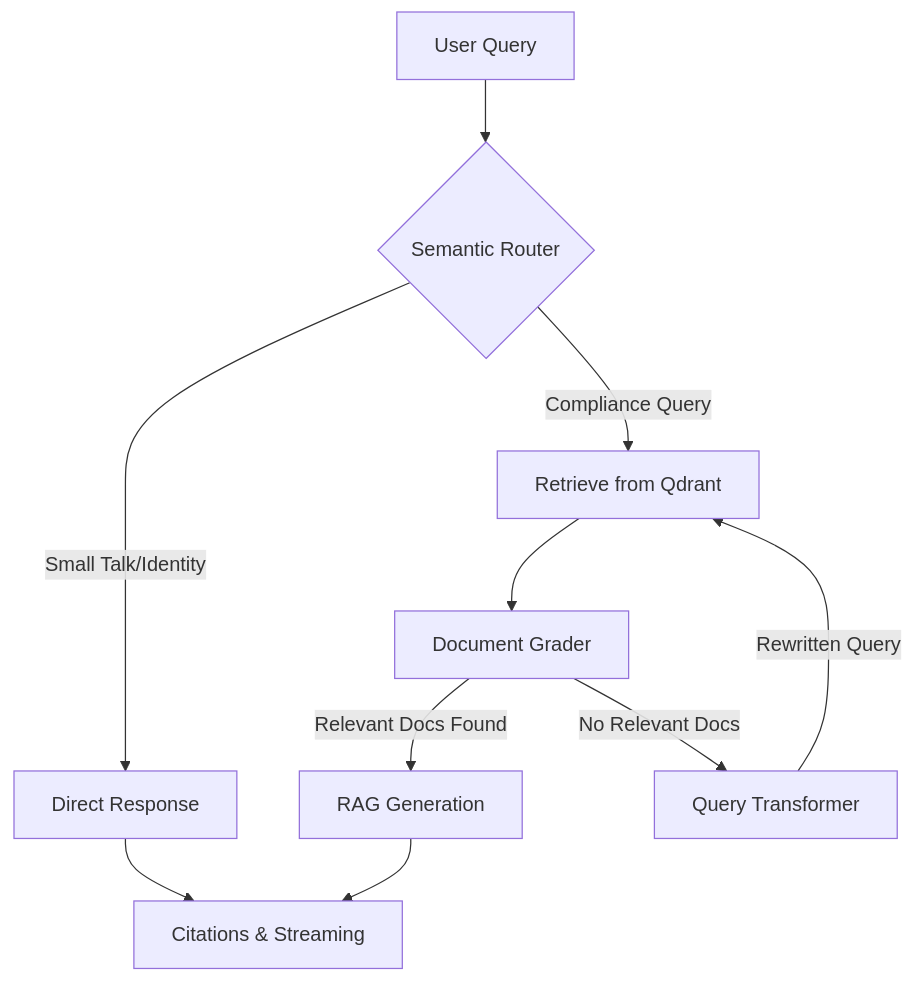
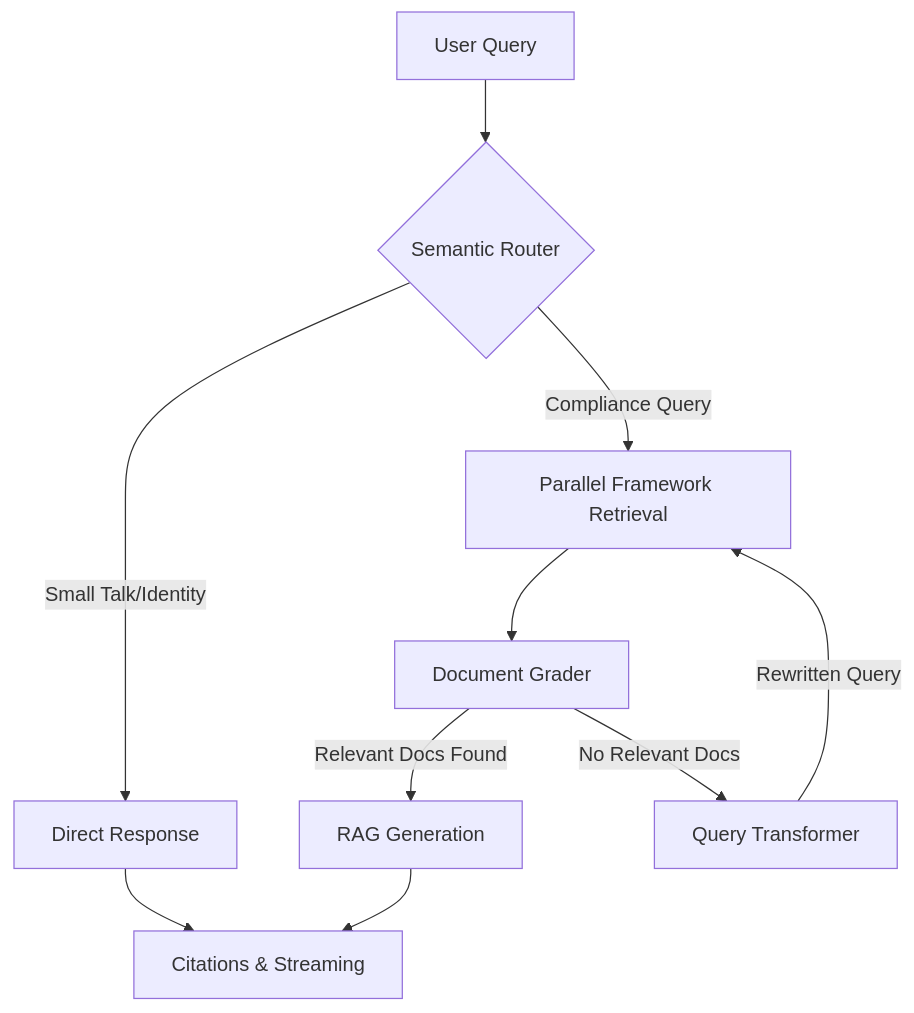
Before and after one commit to glenlouis8/audit-ai: the diagram in README.md, drawn with Mermaid. The commit also changed other lines of this file, not shown here.

Commit message:
docs: rewrite README for multi-framework architecture

````diff
--- a/README.md
+++ b/README.md
@@ -18,12 +15,12 @@
 ```mermaid
 graph TD
     A[User Query] --> B{Semantic Router}
     B -- Small Talk/Identity --> C[Direct Response]
-    B -- Compliance Query --> D[Retrieve from Qdrant]
+    B -- Compliance Query --> D[Parallel Framework Retrieval]
     D --> E[Document Grader]
     E -- Relevant Docs Found --> F[RAG Generation]
     E -- No Relevant Docs --> G[Query Transformer]
     G -- Rewritten Query --> D
     F --> H[Citations & Streaming]
     C --> H
 ```
````
